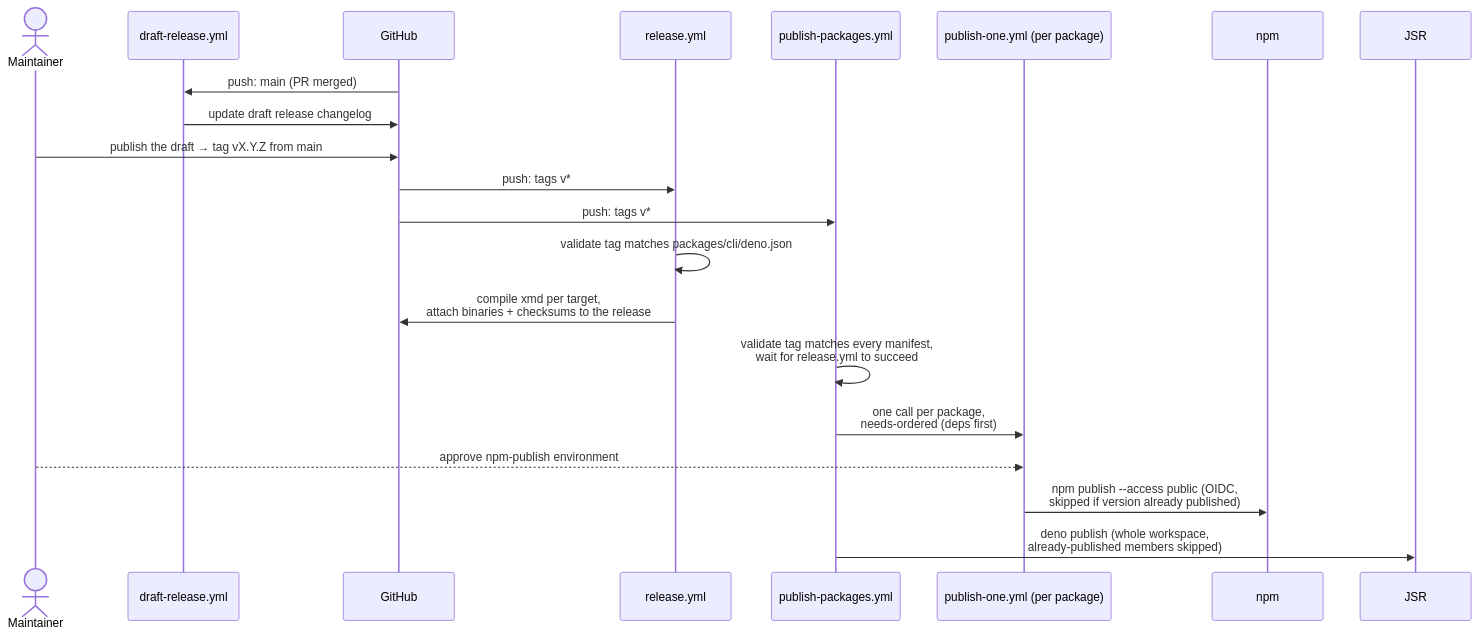
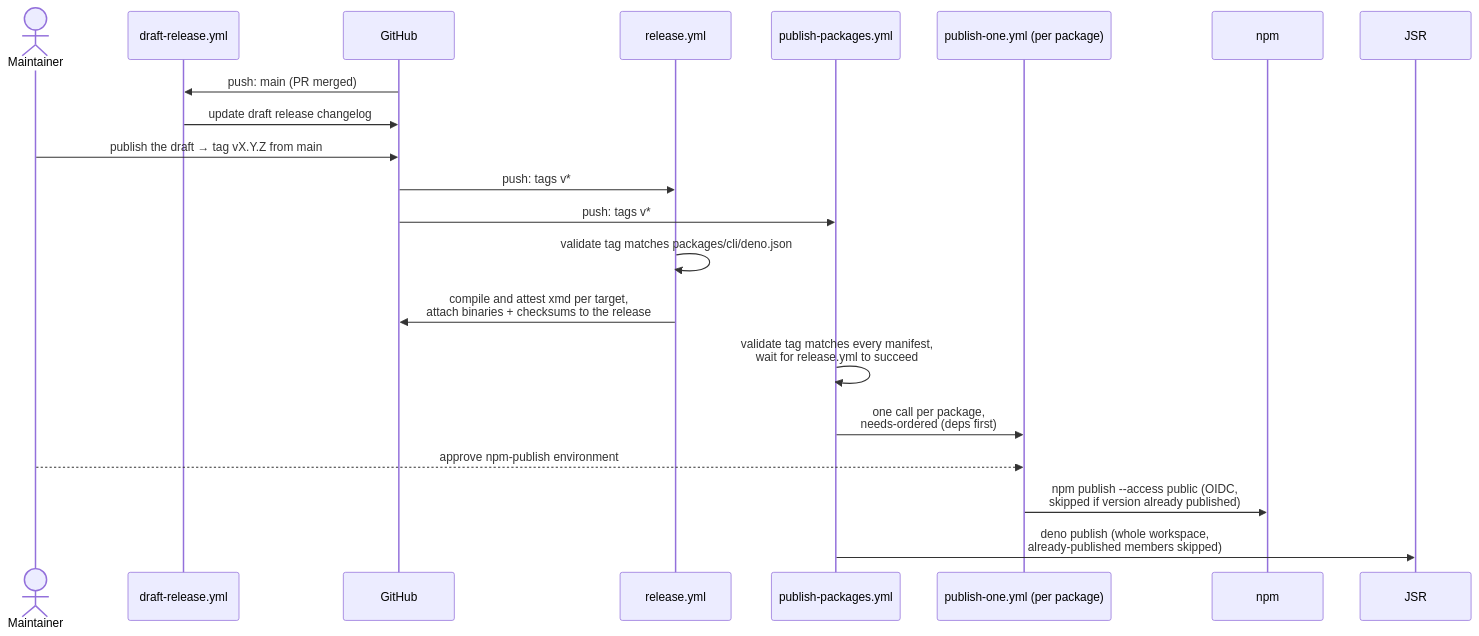
The diagram in specs/release-process-spec.md (taras/executable.md), drawn with Mermaid before and after one commit. The commit also changed other lines of this file and 2 other files, not shown here.

First line of the commit message:
🔒 Attest the five release binaries with GitHub build provenance

````diff
--- a/specs/release-process-spec.md
+++ b/specs/release-process-spec.md
@@ -24,24 +24,24 @@
 ```mermaid
 sequenceDiagram
     actor M as Maintainer
     participant DR as draft-release.yml
     participant GH as GitHub
     participant R as release.yml
     participant PP as publish-packages.yml
     participant PO as publish-one.yml (per package)
     participant NPM as npm
     participant JSR as JSR
 
     GH->>DR: push: main (PR merged)
     DR->>GH: update draft release changelog
     M->>GH: publish the draft → tag vX.Y.Z from main
     GH->>R: push: tags v*
     GH->>PP: push: tags v*
     R->>R: validate tag matches packages/cli/deno.json
-    R->>GH: compile xmd per target,<br/>attach binaries + checksums to the release
+    R->>GH: compile and attest xmd per target,<br/>attach binaries + checksums to the release
     PP->>PP: validate tag matches every manifest,<br/>wait for release.yml to succeed
     PP->>PO: one call per package,<br/>needs-ordered (deps first)
     M-->>PO: approve npm-publish environment
     PO->>NPM: npm publish --access public (OIDC,<br/>skipped if version already published)
     PP->>JSR: deno publish (whole workspace,<br/>already-published members skipped)
 ```
````
